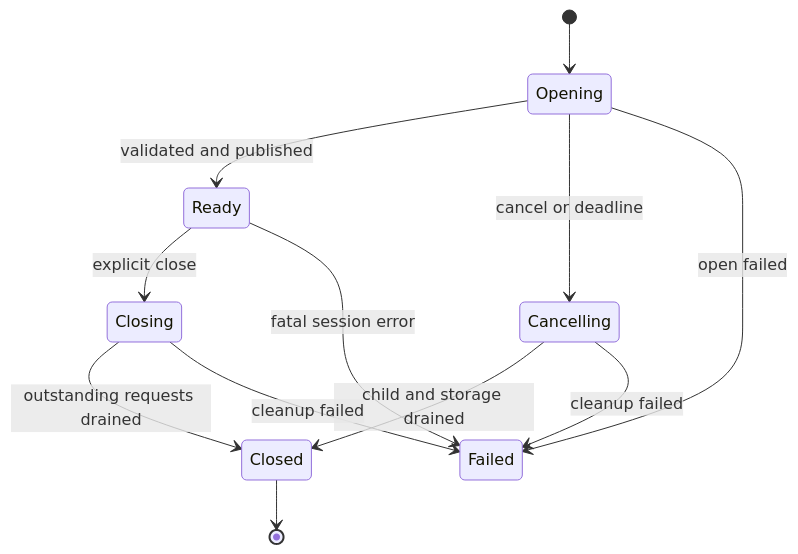
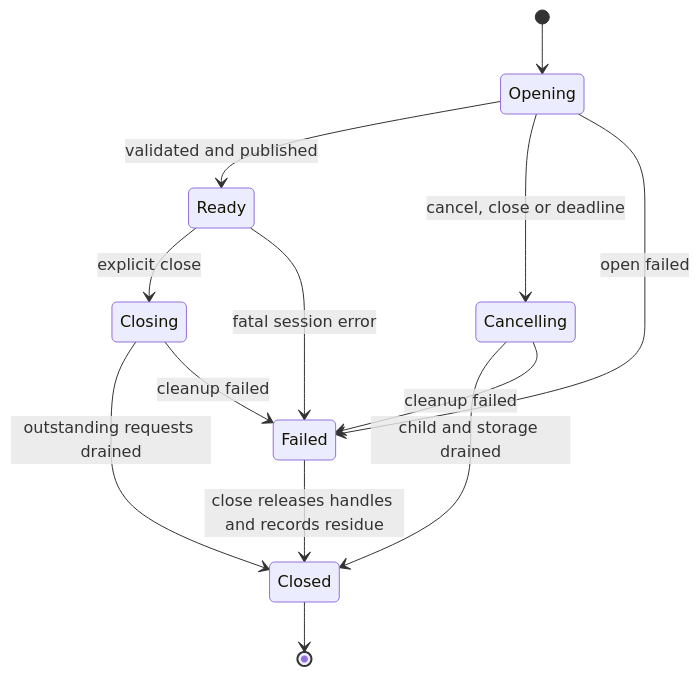
Before and after one commit to ArkDeck/ArkTrace: the second of 2 diagrams in docs/RUST_CORE_MIGRATION_DESIGN.md, drawn with Mermaid. The commit also changed other lines of this file and 2 other files, not shown here.

````diff
--- a/docs/RUST_CORE_MIGRATION_DESIGN.md
+++ b/docs/RUST_CORE_MIGRATION_DESIGN.md
@@ -212,14 +253,15 @@
 ```mermaid
 stateDiagram-v2
   [*] --> Opening
   Opening --> Ready: validated and published
-  Opening --> Cancelling: cancel or deadline
+  Opening --> Cancelling: cancel, close or deadline
   Opening --> Failed: open failed
   Ready --> Closing: explicit close
   Cancelling --> Closed: child and storage drained
   Closing --> Closed: outstanding requests drained
   Cancelling --> Failed: cleanup failed
   Closing --> Failed: cleanup failed
   Ready --> Failed: fatal session error
+  Failed --> Closed: close releases handles and records residue
   Closed --> [*]
 ```
````
